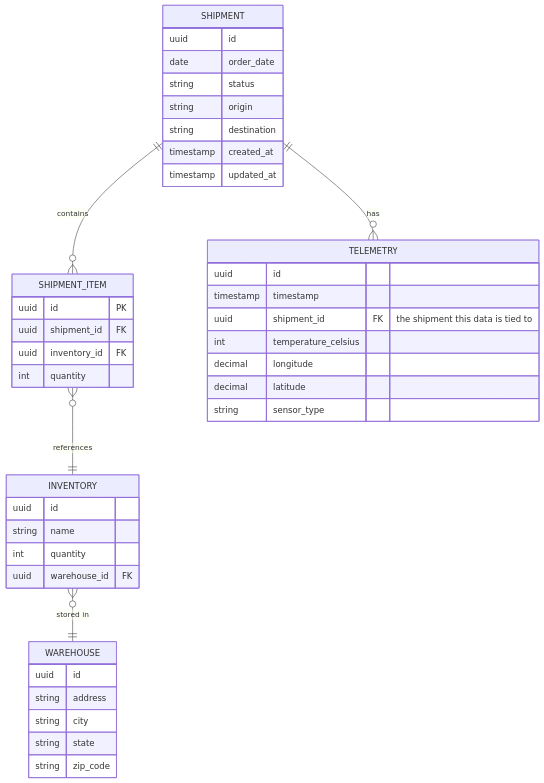
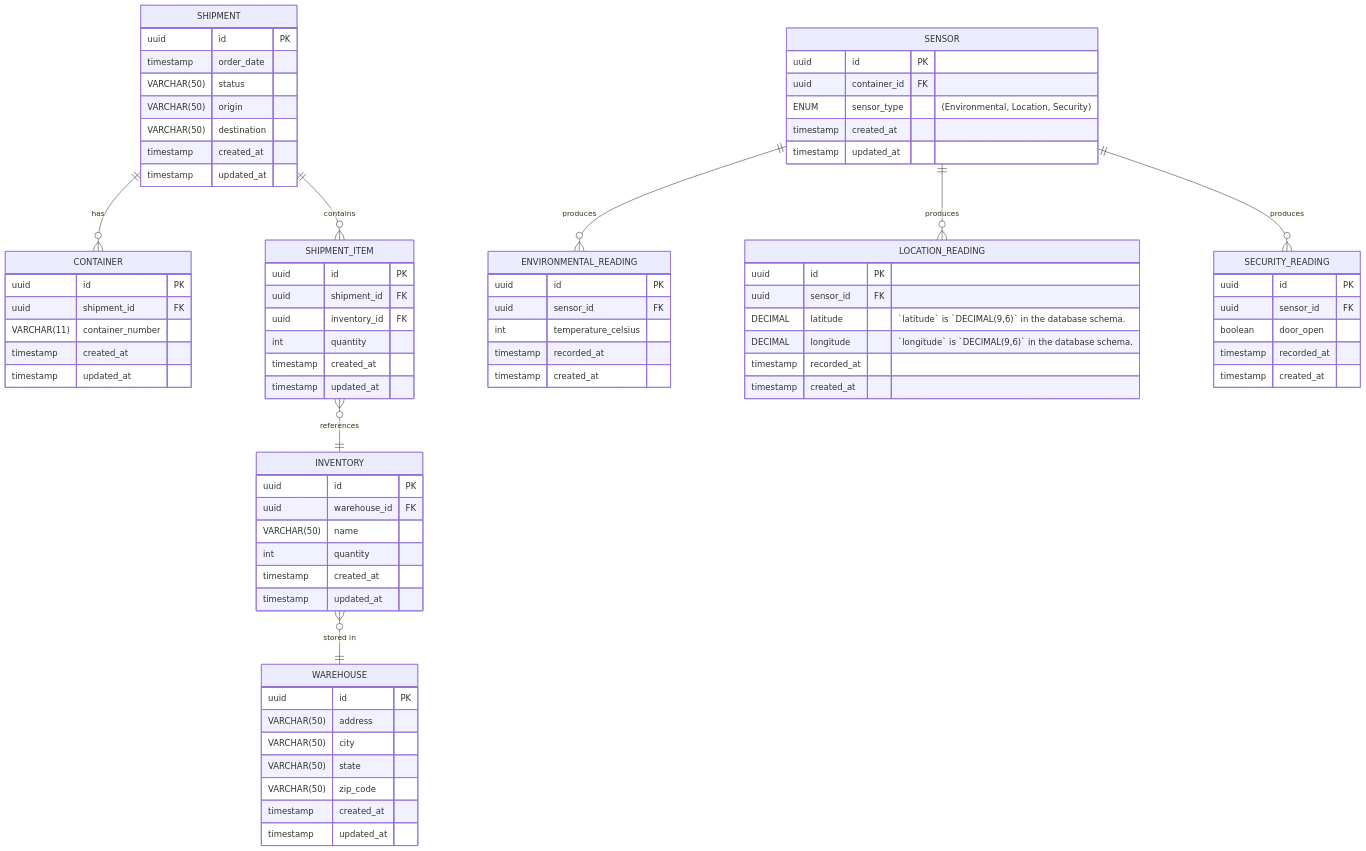
Before and after one commit to BadrChoubai/logistics-microservices: the second of 2 diagrams in ARCHITECTURE.md, drawn with Mermaid. The commit also changed other lines of this file and 1 other file, not shown here.

Commit message:
docs: Update data model diagram

````diff
--- a/ARCHITECTURE.md
+++ b/ARCHITECTURE.md
@@ -134,44 +136,92 @@
 ```mermaid
 erDiagram
     SHIPMENT {
-        uuid        id
-        date        order_date
-        string      status
-        string      origin
-        string      destination
+        uuid        id PK
+        timestamp   order_date
+        VARCHAR(50) status
+        VARCHAR(50) origin
+        VARCHAR(50) destination
         timestamp   created_at
         timestamp   updated_at
     }
+
+    CONTAINER {
+        uuid        id PK
+        uuid        shipment_id FK
+        VARCHAR(11) container_number
+        timestamp   created_at
+        timestamp   updated_at
+
+    }
+
     SHIPMENT_ITEM {
-        uuid    id PK
-        uuid    shipment_id FK
-        uuid    inventory_id FK
-        int     quantity
+        uuid        id PK
+        uuid        shipment_id FK
+        uuid        inventory_id FK
+        int         quantity
+        timestamp   created_at
+        timestamp   updated_at
     }
+
     INVENTORY {
-        uuid    id
-        string  name
-        int     quantity
-        uuid    warehouse_id FK
+        uuid        id PK
+        uuid        warehouse_id FK
+        VARCHAR(50) name
+        int         quantity
+        timestamp   created_at
+        timestamp   updated_at
     }
-    TELEMETRY {
-        uuid        id
-        timestamp   timestamp
-        uuid        shipment_id FK "the shipment this data is tied to"
-        int         temperature_celsius
-        decimal     longitude
-        decimal     latitude
-        string      sensor_type
+
+    WAREHOUSE {
+        uuid        id PK
+        VARCHAR(50) address
+        VARCHAR(50) city
+        VARCHAR(50) state
+        VARCHAR(50) zip_code
+        timestamp   created_at
+        timestamp   updated_at
     }
-    WAREHOUSE {
-        uuid    id
-        string  address
-        string  city
-        string  state
-        string  zip_code
-    }
-    SHIPMENT ||--o{ TELEMETRY : "has"
+
+    SHIPMENT ||--o{ CONTAINER : "has"
     SHIPMENT ||--o{ SHIPMENT_ITEM : "contains"
     SHIPMENT_ITEM }o--|| INVENTORY : "references"
     INVENTORY }o--|| WAREHOUSE : "stored in"
+
+    SENSOR {
+        uuid            id PK
+        uuid            container_id FK
+        ENUM            sensor_type "(Environmental, Location, Security)"     
+        timestamp       created_at
+        timestamp       updated_at
+
+    }
+
+    ENVIRONMENTAL_READING {
+        uuid            id PK
+        uuid            sensor_id FK
+        int             temperature_celsius
+        timestamp       recorded_at
+        timestamp       created_at
+    }
+
+    LOCATION_READING {
+        uuid            id PK
+        uuid            sensor_id FK
+        DECIMAL         latitude "`latitude` is `DECIMAL(9,6)` in the database schema."
+        DECIMAL         longitude "`longitude` is `DECIMAL(9,6)` in the database schema."
+        timestamp       recorded_at
+        timestamp       created_at
+    }
+
+    SECURITY_READING {
+        uuid            id PK
+        uuid            sensor_id FK
+        boolean         door_open
+        timestamp       recorded_at
+        timestamp       created_at
+    }
+
+    SENSOR ||--o{ ENVIRONMENTAL_READING : "produces"
+    SENSOR ||--o{ LOCATION_READING : "produces"
+    SENSOR ||--o{ SECURITY_READING : "produces"
 ```
````
